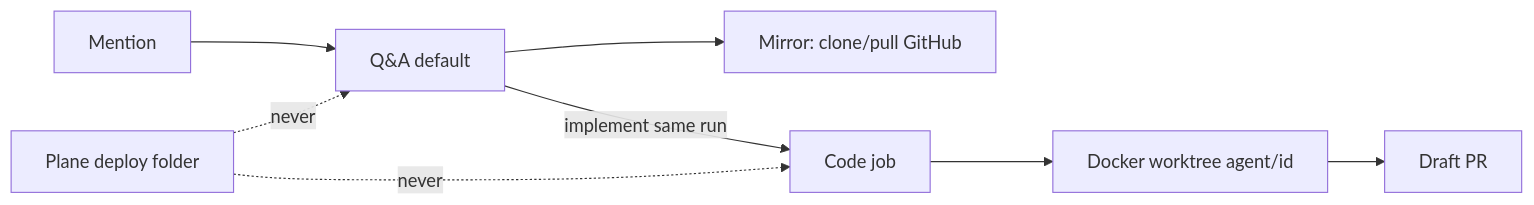
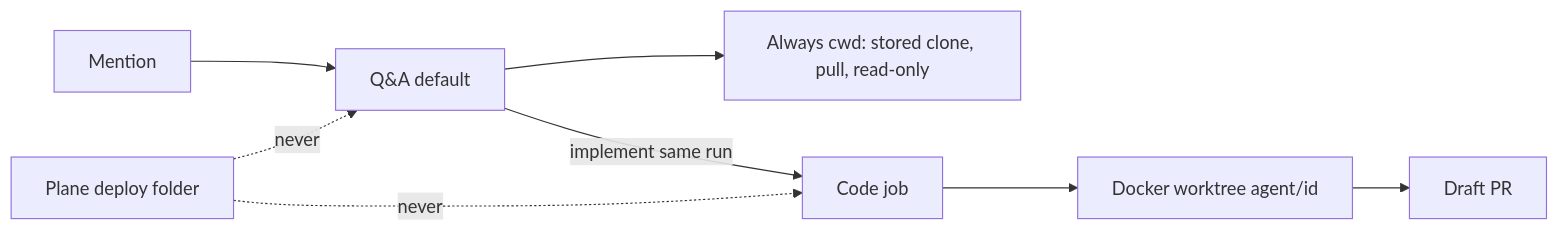
The second of 2 diagrams in _bmad-output/specs/spec-plane-local-cli-agents/diagrams.md (kevinle128/plane), drawn with Mermaid before and after one commit. The commit also changed other lines of this file and 6 other files, not shown here.

````diff
--- a/_bmad-output/specs/spec-plane-local-cli-agents/diagrams.md
+++ b/_bmad-output/specs/spec-plane-local-cli-agents/diagrams.md
@@ -37,10 +33,10 @@
 ```mermaid
 flowchart LR
   mention[Mention] --> qa[Q&A default]
-  qa --> mirror[Mirror: clone/pull GitHub]
+  qa --> mirror[Always cwd: stored clone, pull, read-only]
   qa -->|implement same run| code[Code job]
   code --> wt[Docker worktree agent/id]
   wt --> pr[Draft PR]
   deploy[Plane deploy folder] -.->|never| qa
   deploy -.->|never| code
 ```
````
